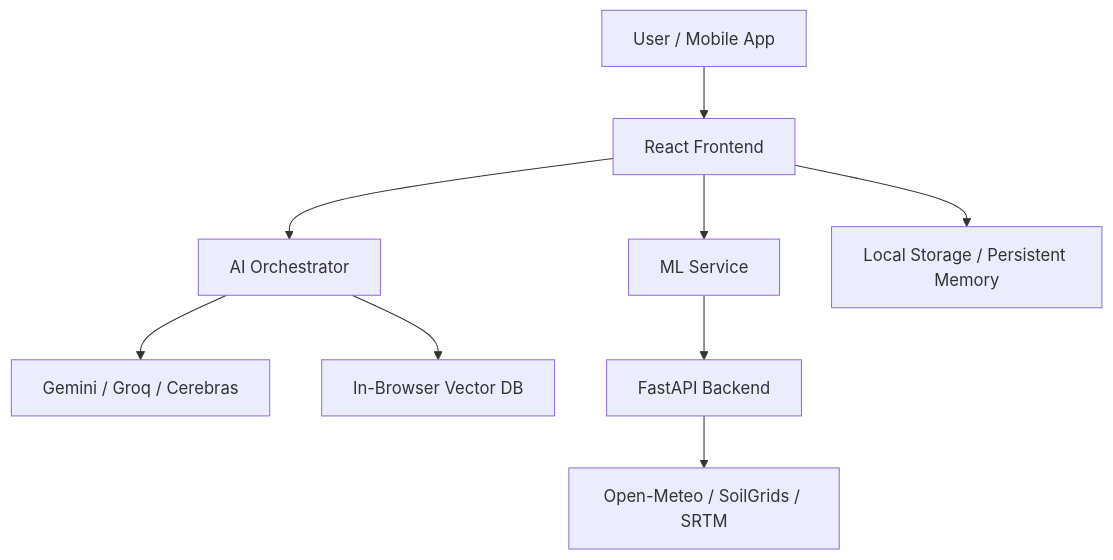
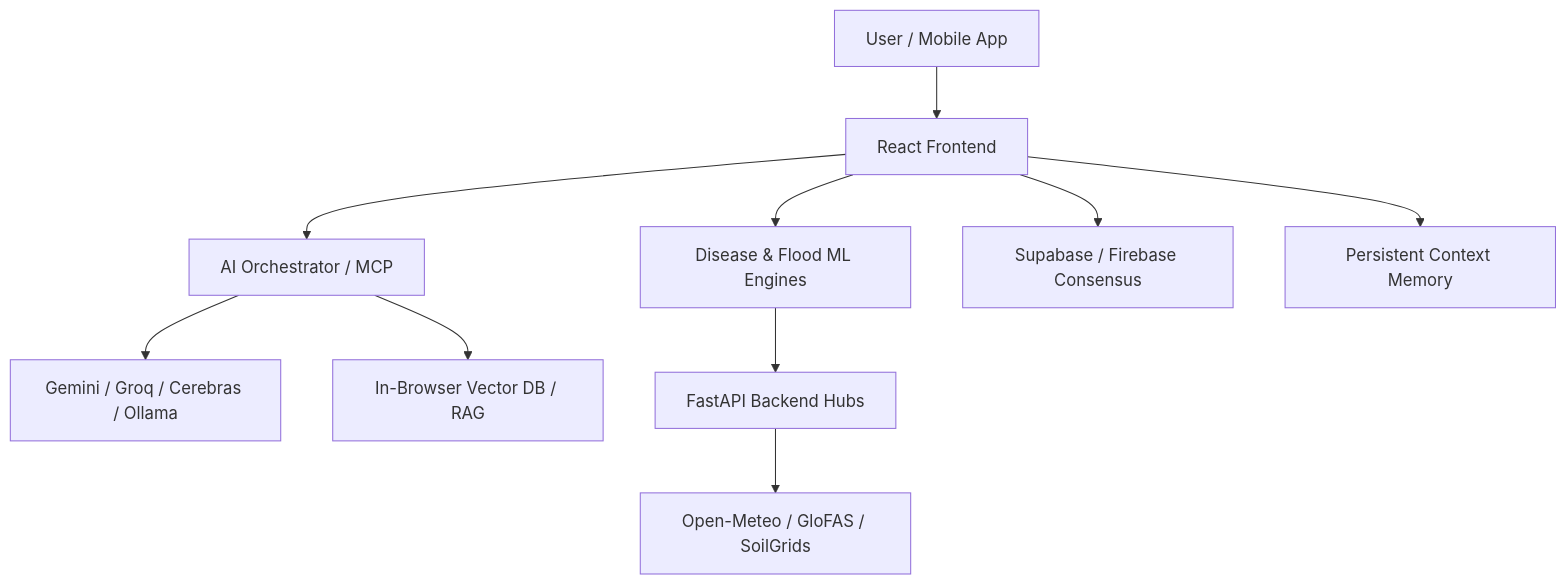
The diagram in README.md (gaur-avvv/Bio-SentinelX), drawn with Mermaid before and after one commit. The commit also changed other lines of this file, not shown here.

````diff
--- a/README.md
+++ b/README.md
@@ -52,11 +90,12 @@
 ```mermaid
 graph TD
     User[User / Mobile App] --> Frontend[React Frontend]
-    Frontend --> AI[AI Orchestrator]
-    Frontend --> ML[ML Service]
-    AI --> Providers[Gemini / Groq / Cerebras]
-    AI --> VectorDB[In-Browser Vector DB]
-    ML --> FastAPI[FastAPI Backend]
-    FastAPI --> Data[Open-Meteo / SoilGrids / SRTM]
-    Frontend --> LocalStorage[Local Storage / Persistent Memory]
+    Frontend --> AI[AI Orchestrator / MCP]
+    Frontend --> ML[Disease & Flood ML Engines]
+    AI --> Providers[Gemini / Groq / Cerebras / Ollama]
+    AI --> VectorDB[In-Browser Vector DB / RAG]
+    ML --> FastAPI[FastAPI Backend Hubs]
+    FastAPI --> Data[Open-Meteo / GloFAS / SoilGrids]
+    Frontend --> DB[Supabase / Firebase Consensus]
+    Frontend --> Memory[Persistent Context Memory]
 ```
````
